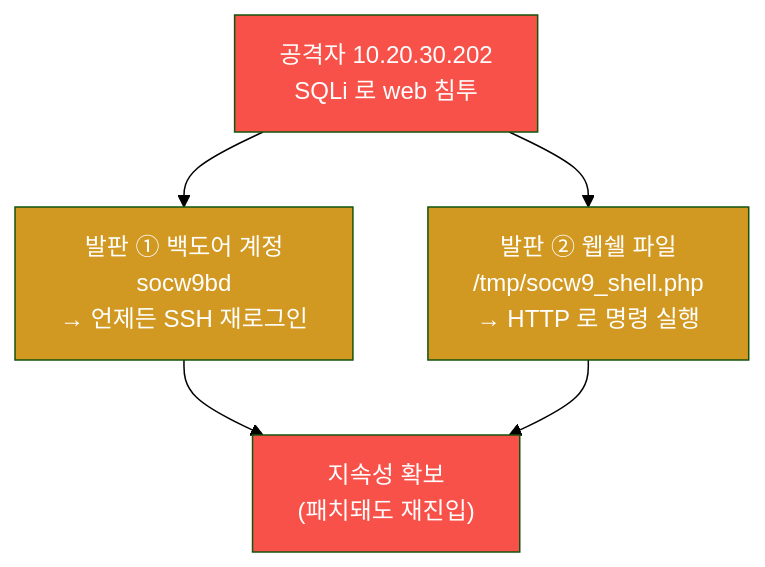
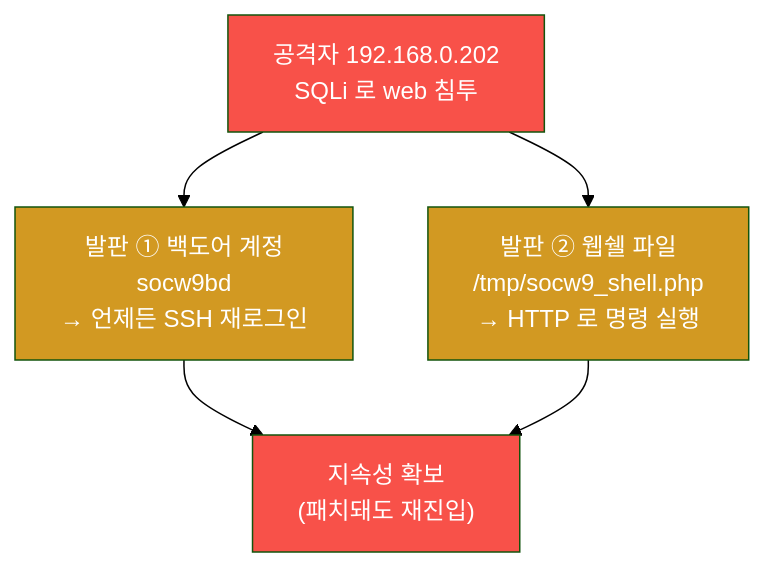
Before and after one commit to mrgrit/tw2: the fourth of 7 diagrams in contents/training/soc/lecture_week09.md, drawn with Mermaid (forest theme). The commit also changed other lines of this file and 304 other files, not shown here.

````diff
--- a/contents/training/soc/lecture_week09.md
+++ b/contents/training/soc/lecture_week09.md
@@ -376,15 +376,15 @@
 ```mermaid
 graph TD
-    ATK["공격자 10.20.30.202<br/>SQLi 로 web 침투"]
+    ATK["공격자 192.168.0.202<br/>SQLi 로 web 침투"]
     BD["발판 ① 백도어 계정<br/>socw9bd<br/>→ 언제든 SSH 재로그인"]
     WS["발판 ② 웹쉘 파일<br/>/tmp/socw9_shell.php<br/>→ HTTP 로 명령 실행"]
     GOAL["지속성 확보<br/>(패치돼도 재진입)"]
     ATK --> BD
     ATK --> WS
     BD --> GOAL
     WS --> GOAL
     style ATK fill:#f85149,color:#fff
     style BD fill:#d29922,color:#fff
     style WS fill:#d29922,color:#fff
     style GOAL fill:#f85149,color:#fff
 ```
````
